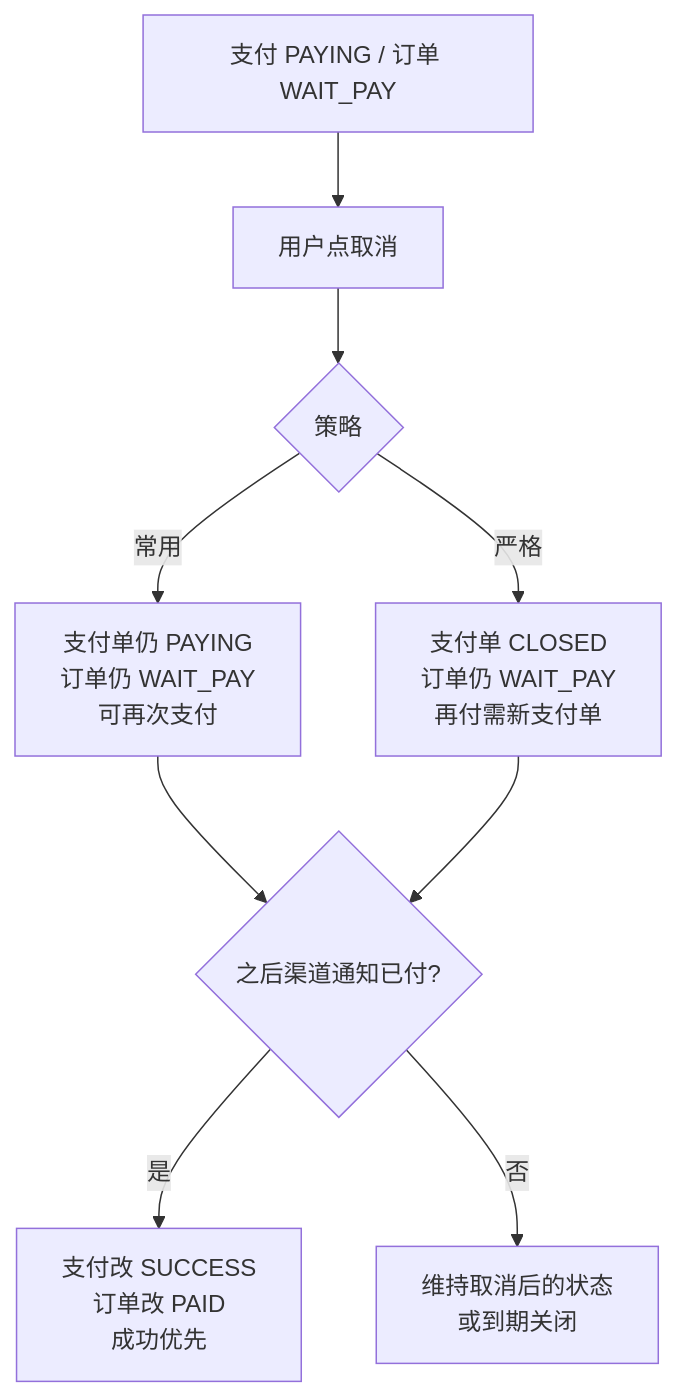
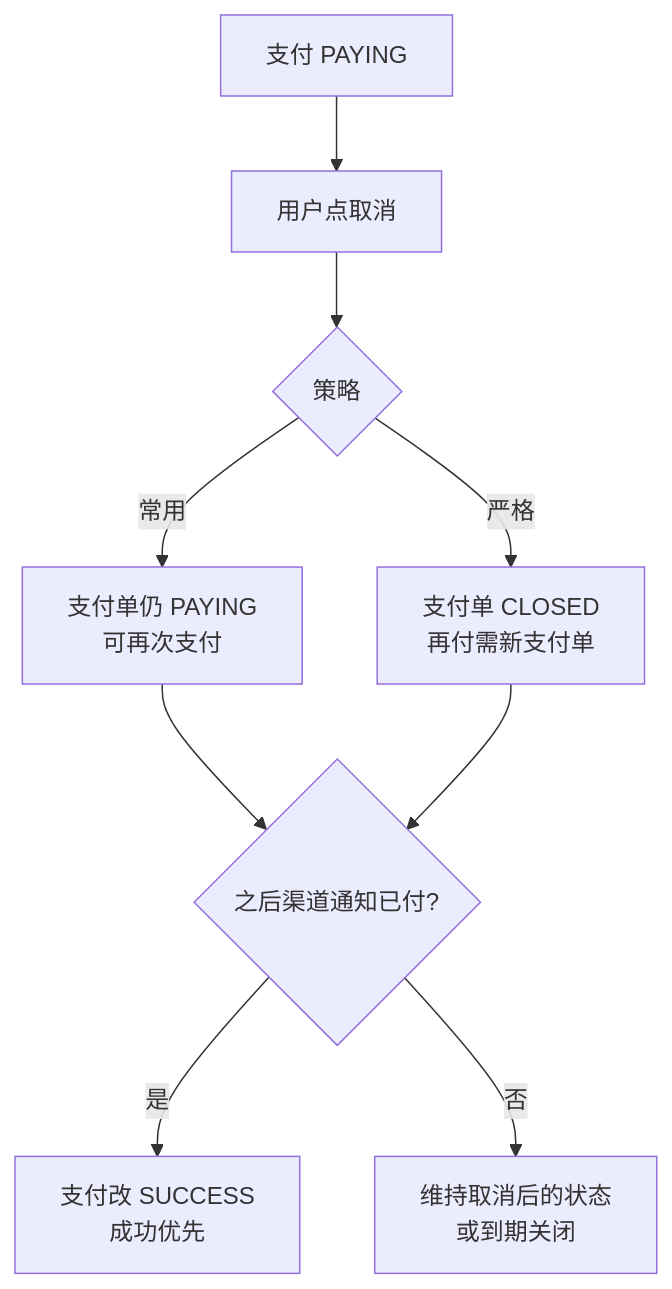
Before and after one commit to jv-morningGlory/-: the sixth of 10 diagrams in Java/Spring/场景题/支付系统/user-order-payment-status.md, drawn with Mermaid. The commit also changed other lines of this file, not shown here.

````diff
--- a/Java/Spring/场景题/支付系统/user-order-payment-status.md
+++ b/Java/Spring/场景题/支付系统/user-order-payment-status.md
@@ -161,11 +136,11 @@
 ```mermaid
 flowchart TD
-    A[支付 PAYING / 订单 WAIT_PAY] --> B[用户点取消]
+    A[支付 PAYING] --> B[用户点取消]
     B --> C{策略}
-    C -->|常用| D[支付单仍 PAYING<br/>订单仍 WAIT_PAY<br/>可再次支付]
-    C -->|严格| E[支付单 CLOSED<br/>订单仍 WAIT_PAY<br/>再付需新支付单]
+    C -->|常用| D[支付单仍 PAYING<br/>可再次支付]
+    C -->|严格| E[支付单 CLOSED<br/>再付需新支付单]
     D --> F{之后渠道通知已付?}
     E --> F
-    F -->|是| G[支付改 SUCCESS<br/>订单改 PAID<br/>成功优先]
+    F -->|是| G[支付改 SUCCESS<br/>成功优先]
     F -->|否| H[维持取消后的状态<br/>或到期关闭]
 ```
````
